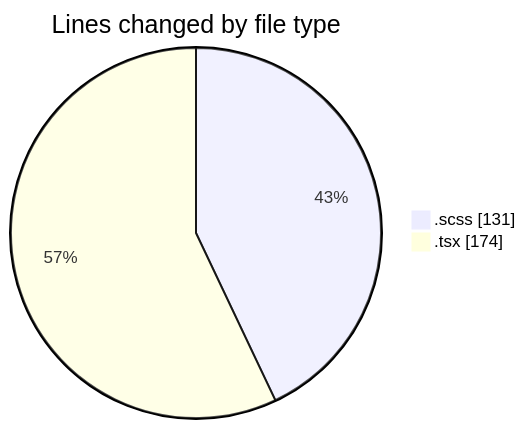
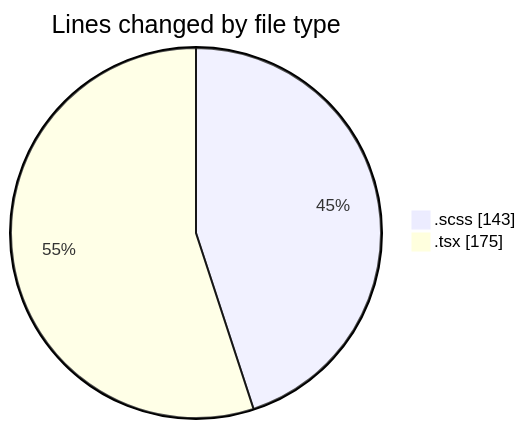
One commit to momahboobian/code-tracking changed the first of 2 diagrams in 2025-03-28/cda/README.md. Above: the diagram before and after it, drawn with Mermaid. The commit also changed other lines of this file and 1 other file, not shown here.

````diff
--- a/2025-03-28/cda/README.md
+++ b/2025-03-28/cda/README.md
@@ -22,6 +22,6 @@
 ```mermaid
 pie showData
 title Lines changed by file type
-".scss" : 131
-".tsx" : 174
+".scss" : 143
+".tsx" : 175
 ```
````
